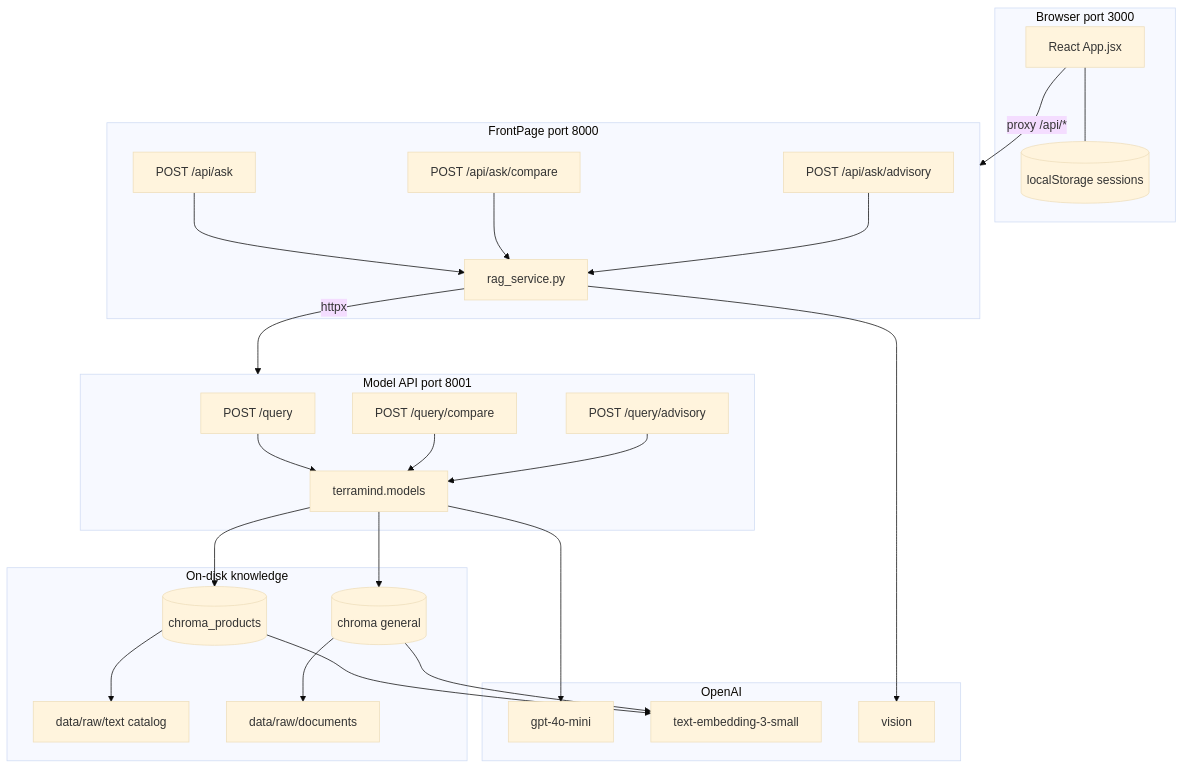
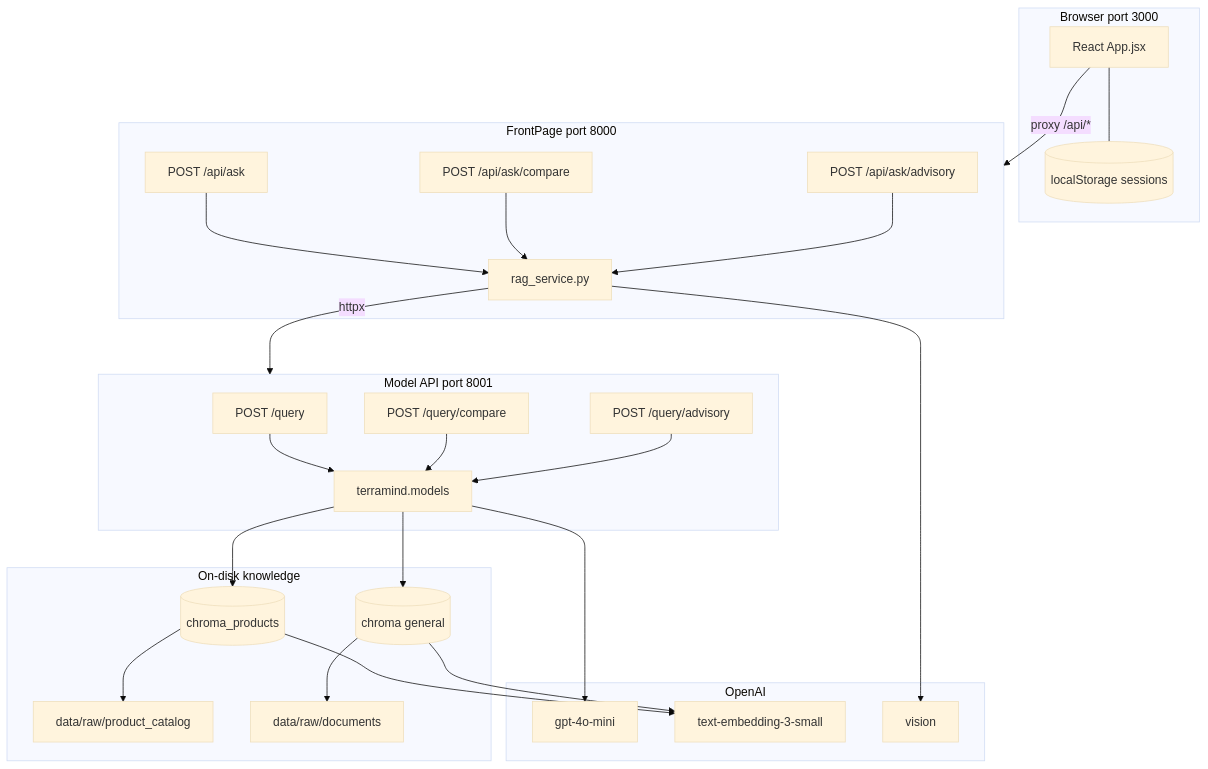
The diagram in docs/SYSTEM_ARCHITECTURE.md (Naifcx47350/TerraMind), drawn with Mermaid (base theme) before and after one commit. The commit also changed other lines of this file and 40 other files, not shown here.

````diff
--- a/docs/SYSTEM_ARCHITECTURE.md
+++ b/docs/SYSTEM_ARCHITECTURE.md
@@ -29,52 +29,52 @@
 ```mermaid
 flowchart TB
   subgraph browser ["Browser port 3000"]
     UI["React App.jsx"]
     LS[("localStorage sessions")]
     UI --- LS
   end
 
   subgraph fp ["FrontPage port 8000"]
     Ask["POST /api/ask"]
     Cmp["POST /api/ask/compare"]
     Adv["POST /api/ask/advisory"]
     RAGSvc["rag_service.py"]
     Ask --> RAGSvc
     Cmp --> RAGSvc
     Adv --> RAGSvc
   end
 
   subgraph model ["Model API port 8001"]
     Q["POST /query"]
     QC["POST /query/compare"]
     QA["POST /query/advisory"]
     Reg["terramind.models"]
     Q --> Reg
     QC --> Reg
     QA --> Reg
   end
 
   subgraph knowledge ["On-disk knowledge"]
     CP[("chroma_products")]
     CG[("chroma general")]
-    Excel["data/raw/text catalog"]
+    Excel["data/raw/product_catalog"]
     PDFs["data/raw/documents"]
   end
 
   subgraph openai ["OpenAI"]
     Chat["gpt-4o-mini"]
     Emb["text-embedding-3-small"]
     Vis["vision"]
   end
 
   UI -->|"proxy /api/*"| fp
   RAGSvc -->|httpx| model
   Reg --> CP
   Reg --> CG
   CP --> Excel
   CG --> PDFs
   Reg --> Chat
   CP --> Emb
   CG --> Emb
   RAGSvc --> Vis
 ```
````
